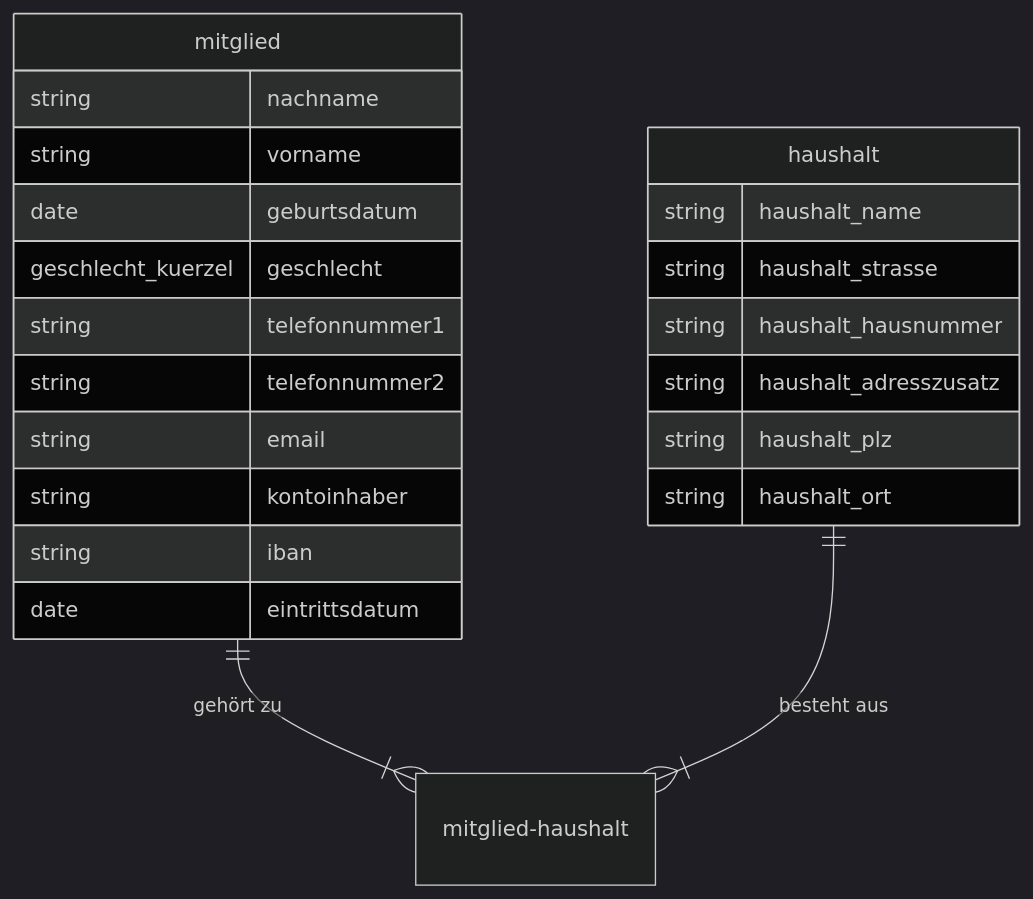
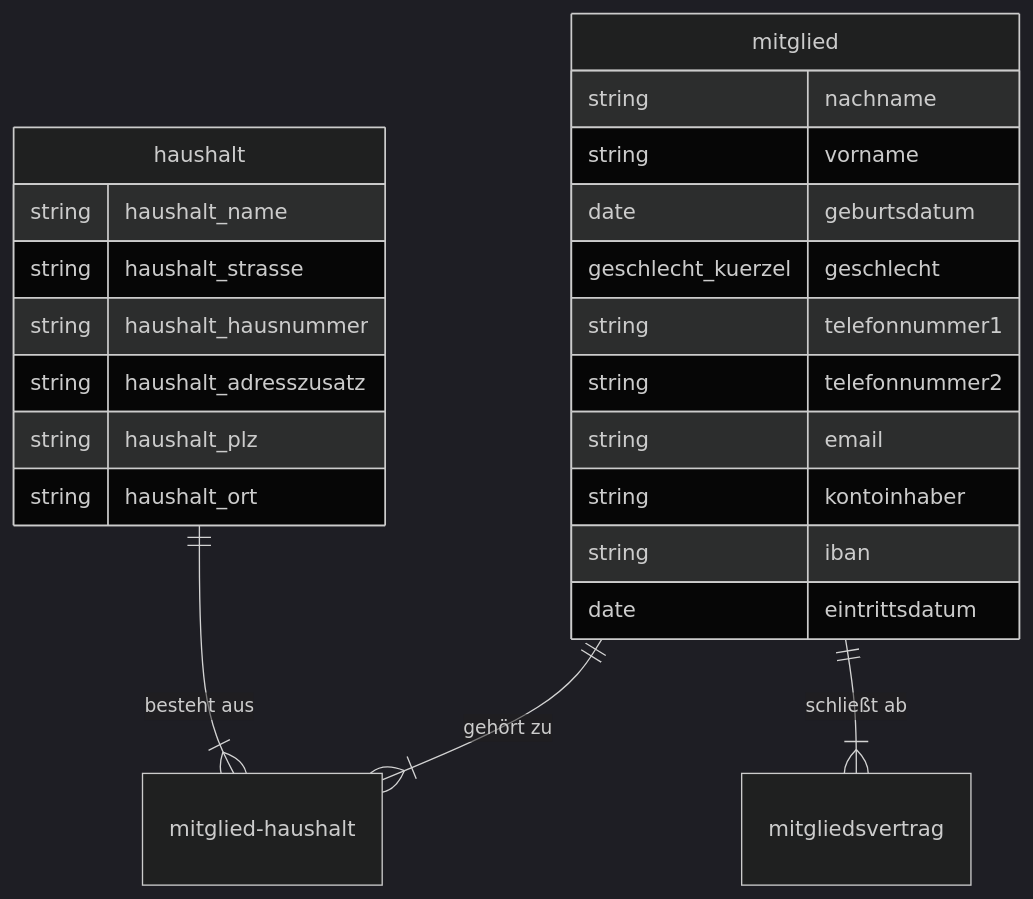
One commit to Lehrstuhl-BWL-EvIS/sportyweb changed the diagram in database-schema/sportyweb-schema.md. Above: the diagram before and after it, drawn with Mermaid (dark theme).

`````diff
--- a/database-schema/sportyweb-schema.md
+++ b/database-schema/sportyweb-schema.md
@@ -28,27 +28,28 @@
 ```mermaid
 erDiagram
           mitglied ||--|{ mitglied-haushalt : "gehört zu"
           haushalt ||--|{ mitglied-haushalt : "besteht aus"
+          mitglied ||--|{ mitgliedsvertrag : "schließt ab"
 
           mitglied {
             string nachname
             string vorname
             date geburtsdatum
             geschlecht_kuerzel geschlecht
             string telefonnummer1
             string telefonnummer2
             string email
             string kontoinhaber
             string iban
             date eintrittsdatum
           }
 
           haushalt {
             string haushalt_name
             string haushalt_strasse
             string haushalt_hausnummer
             string haushalt_adresszusatz
             string haushalt_plz
             string haushalt_ort
           }
 ````
`````
